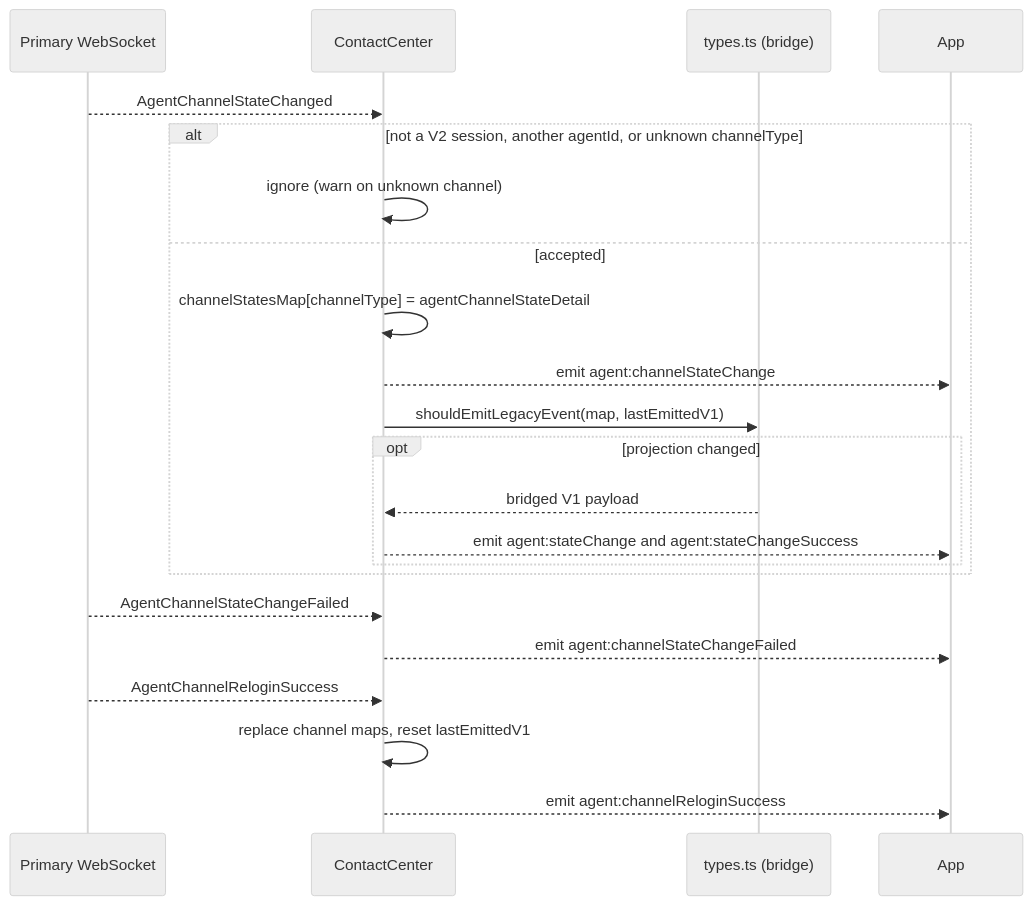
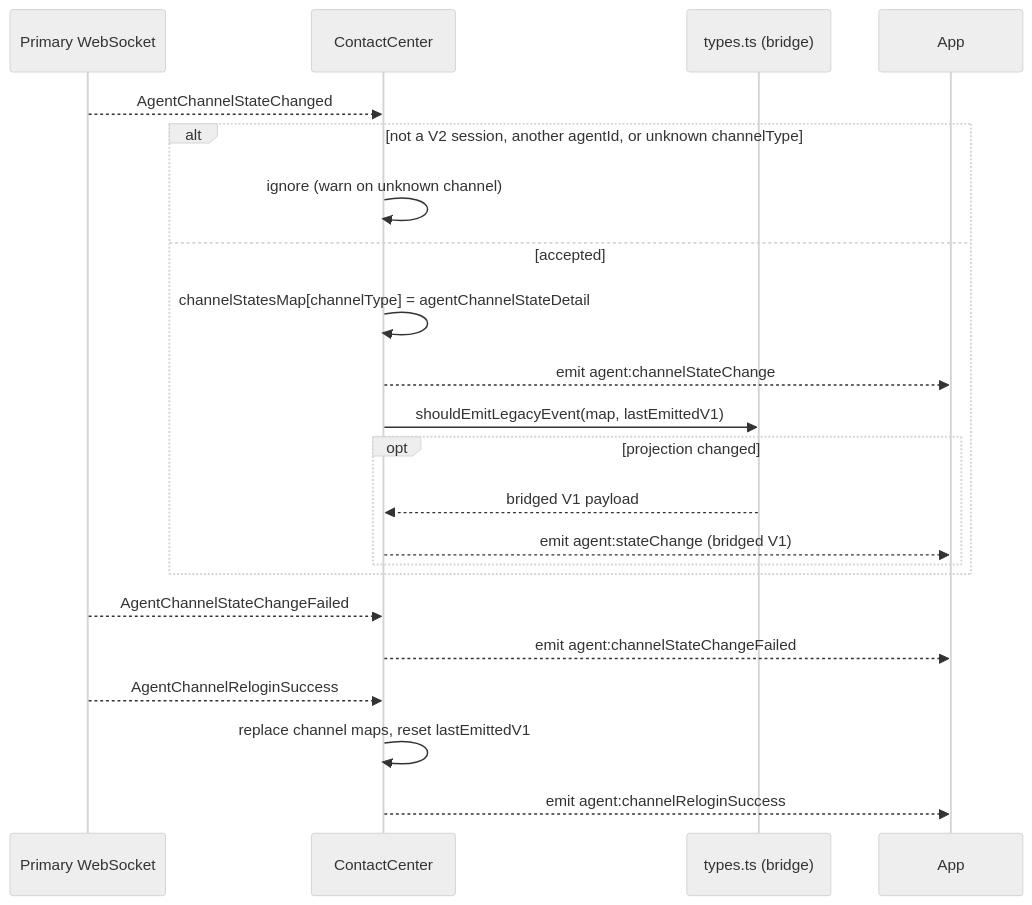
One commit to webex/webex-js-sdk changed the sixth of 10 diagrams in packages/@webex/contact-center/src/docs/README.md. Above: the diagram before and after it, drawn with Mermaid (neutral theme). The commit also changed other lines of this file and 3 other files, not shown here.

Commit message:
refactor(contact-center): remove duplicate bridge emit of agent:stateChangeSuccess The V2-to-V1 bridge emitted both agent:stateChange and agent:stateChangeSuccess with an identical payload.

````diff
--- a/packages/@webex/contact-center/src/docs/README.md
+++ b/packages/@webex/contact-center/src/docs/README.md
@@ -456,24 +456,24 @@
 ```mermaid
 sequenceDiagram
   participant WS as Primary WebSocket
   participant CC as ContactCenter
   participant Agg as types.ts (bridge)
   participant App
   WS-->>CC: AgentChannelStateChanged
   alt not a V2 session, another agentId, or unknown channelType
     CC->>CC: ignore (warn on unknown channel)
   else accepted
     CC->>CC: channelStatesMap[channelType] = agentChannelStateDetail
     CC-->>App: emit agent:channelStateChange
     CC->>Agg: shouldEmitLegacyEvent(map, lastEmittedV1)
     opt projection changed
       Agg-->>CC: bridged V1 payload
-      CC-->>App: emit agent:stateChange and agent:stateChangeSuccess
+      CC-->>App: emit agent:stateChange (bridged V1)
     end
   end
   WS-->>CC: AgentChannelStateChangeFailed
   CC-->>App: emit agent:channelStateChangeFailed
   WS-->>CC: AgentChannelReloginSuccess
   CC->>CC: replace channel maps, reset lastEmittedV1
   CC-->>App: emit agent:channelReloginSuccess
 ```
````
